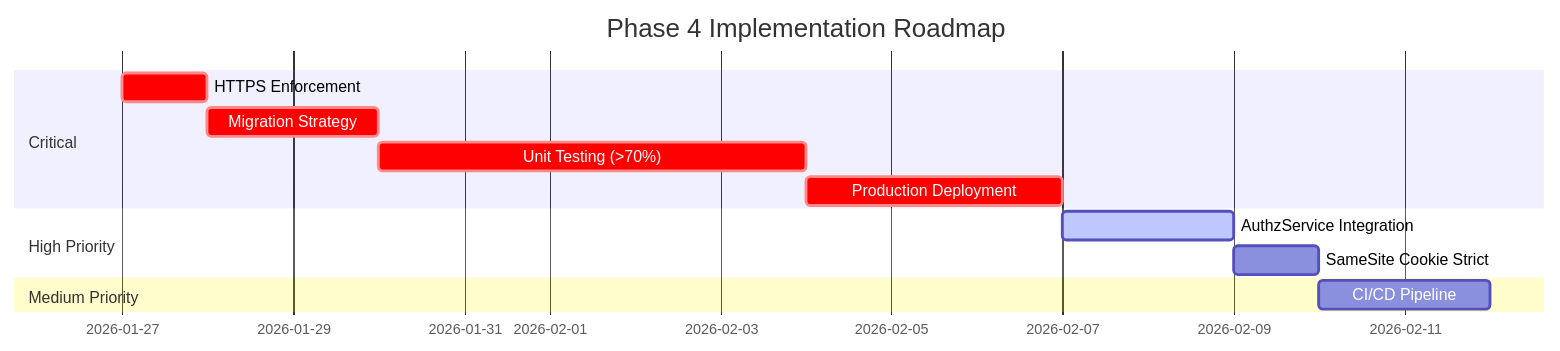
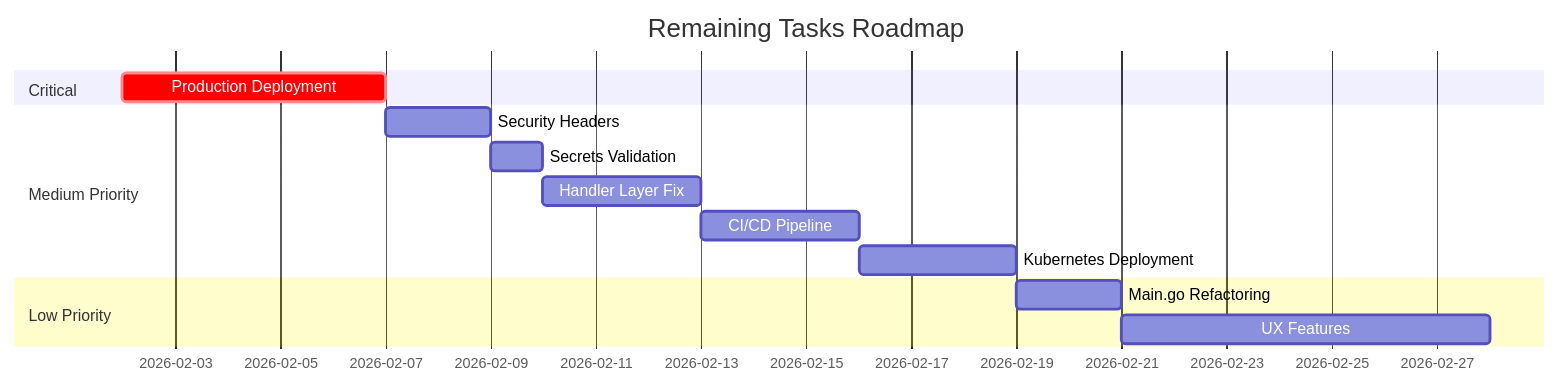
The second of 2 diagrams in TODO.md (sbaerlocher/savvy), drawn with Mermaid before and after one commit. The commit also changed other lines of this file and 60 other files, not shown here.

````diff
--- a/TODO.md
+++ b/TODO.md
@@ -34,17 +34,18 @@
 ```mermaid
 gantt
-    title Phase 4 Implementation Roadmap
+    title Remaining Tasks Roadmap
     dateFormat YYYY-MM-DD
     section Critical
-    HTTPS Enforcement           :crit, a1, 2026-01-27, 1d
-    Migration Strategy          :crit, a2, 2026-01-28, 2d
-    Unit Testing (>70%)         :crit, a3, 2026-01-30, 5d
-    Production Deployment       :crit, a4, 2026-02-04, 3d
-
-    section High Priority
-    AuthzService Integration    :active, b1, 2026-02-07, 2d
-    SameSite Cookie Strict      :b2, 2026-02-09, 1d
+    Production Deployment       :crit, b1, 2026-02-02, 5d
 
     section Medium Priority
-    CI/CD Pipeline             :c2, 2026-02-10, 2d
+    Security Headers            :c1, 2026-02-07, 2d
+    Secrets Validation          :c2, 2026-02-09, 1d
+    Handler Layer Fix           :c3, 2026-02-10, 3d
+    CI/CD Pipeline             :c4, 2026-02-13, 3d
+    Kubernetes Deployment      :c5, 2026-02-16, 3d
+
+    section Low Priority
+    Main.go Refactoring        :d1, 2026-02-19, 2d
+    UX Features                :d2, 2026-02-21, 7d
 ```
````
